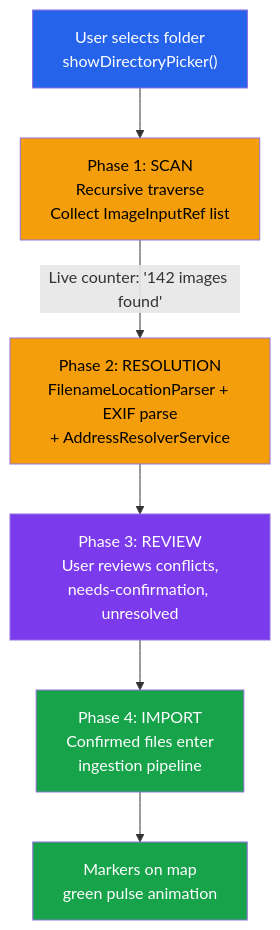
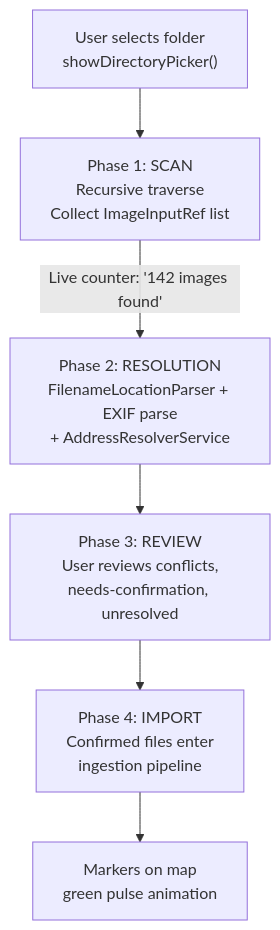
One commit to matkleve/feldpost changed the first of 3 diagrams in docs/use-cases/folder-import.md. Above: the diagram before and after it, drawn with Mermaid. The commit also changed 29 other files, not shown here.

````diff
--- a/docs/use-cases/folder-import.md
+++ b/docs/use-cases/folder-import.md
@@ -14,15 +14,9 @@
 ```mermaid
 flowchart TD
     A["User selects folder\nshowDirectoryPicker()"] --> B["Phase 1: SCAN\nRecursive traverse\nCollect ImageInputRef list"]
     B -->|"Live counter: '142 images found'"| C["Phase 2: RESOLUTION\nFilenameLocationParser + EXIF parse\n+ AddressResolverService"]
     C --> D["Phase 3: REVIEW\nUser reviews conflicts,\nneeds-confirmation, unresolved"]
     D --> E["Phase 4: IMPORT\nConfirmed files enter\ningestion pipeline"]
     E --> F["Markers on map\ngreen pulse animation"]
 
-    style A fill:#2563eb,color:#fff
-    style B fill:#f59e0b,color:#000
-    style C fill:#f59e0b,color:#000
-    style D fill:#7c3aed,color:#fff
-    style E fill:#16a34a,color:#fff
-    style F fill:#16a34a,color:#fff
 ```
````
